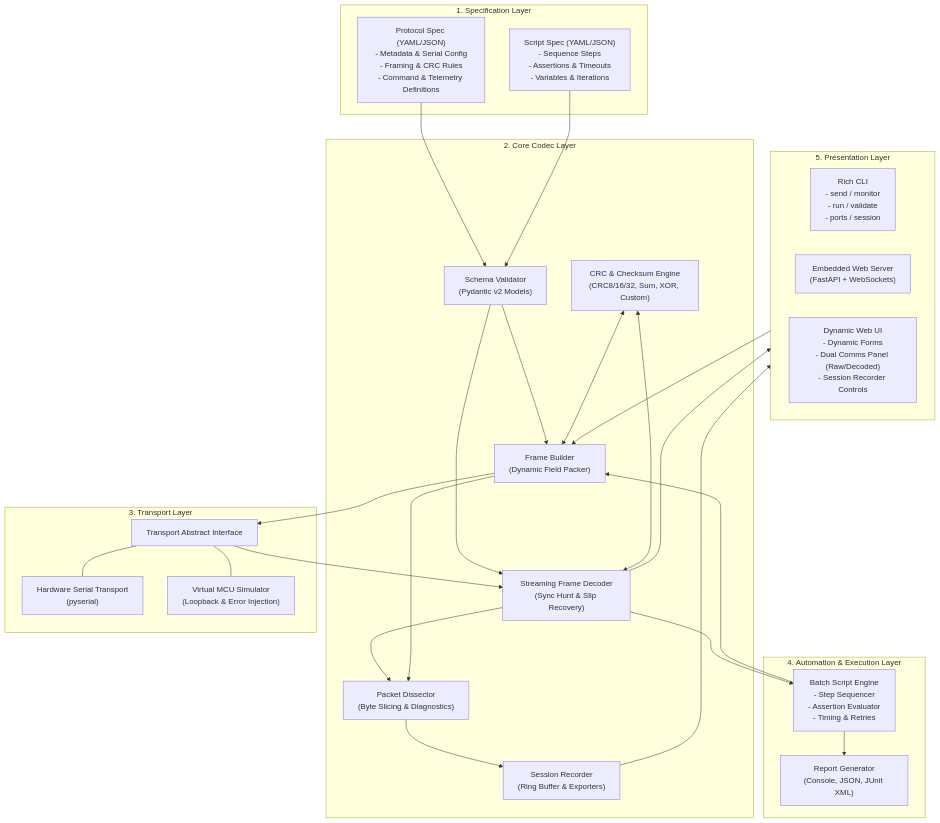
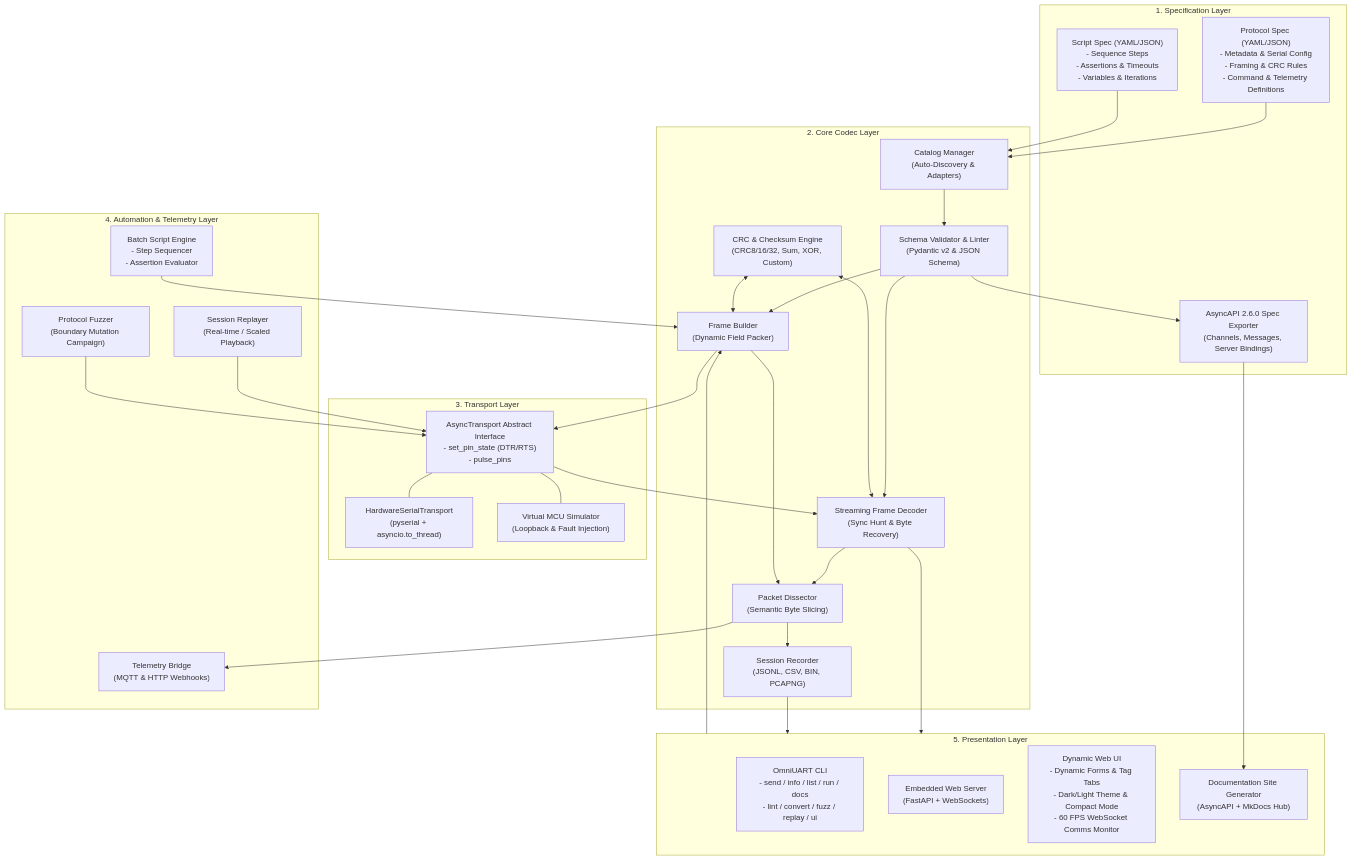
One commit to markbac/omni-uart changed the diagram in docs/architecture/system-architecture.md. Above: the diagram before and after it, drawn with Mermaid. The commit also changed other lines of this file and 42 other files, not shown here.

Commit message:
feat(docs,ci): build unified MkDocs documentation site with AsyncAPI 2.6 exporter and updated architecture (#60)

````diff
--- a/docs/architecture/system-architecture.md
+++ b/docs/architecture/system-architecture.md
@@ -24,59 +24,68 @@
 ```mermaid
 flowchart TD
     subgraph SpecLayer["1. Specification Layer"]
         P_YAML["Protocol Spec (YAML/JSON)\n- Metadata & Serial Config\n- Framing & CRC Rules\n- Command & Telemetry Definitions"]
         S_YAML["Script Spec (YAML/JSON)\n- Sequence Steps\n- Assertions & Timeouts\n- Variables & Iterations"]
+        AsyncAPI_Spec["AsyncAPI 2.6.0 Spec Exporter\n(Channels, Messages, Server Bindings)"]
     end
 
     subgraph CoreLayer["2. Core Codec Layer"]
-        SchemaValidator["Schema Validator\n(Pydantic v2 Models)"]
-        StreamDecoder["Streaming Frame Decoder\n(Sync Hunt & Slip Recovery)"]
+        CatalogManager["Catalog Manager\n(Auto-Discovery & Adapters)"]
+        SchemaValidator["Schema Validator & Linter\n(Pydantic v2 & JSON Schema)"]
+        StreamDecoder["Streaming Frame Decoder\n(Sync Hunt & Byte Recovery)"]
         PacketBuilder["Frame Builder\n(Dynamic Field Packer)"]
         CRCEngine["CRC & Checksum Engine\n(CRC8/16/32, Sum, XOR, Custom)"]
-        Dissector["Packet Dissector\n(Byte Slicing & Diagnostics)"]
-        Recorder["Session Recorder\n(Ring Buffer & Exporters)"]
+        Dissector["Packet Dissector\n(Semantic Byte Slicing)"]
+        Recorder["Session Recorder\n(JSONL, CSV, BIN, PCAPNG)"]
     end
 
     subgraph TransportLayer["3. Transport Layer"]
-        TransportInterface["Transport Abstract Interface"]
-        SerialTransport["Hardware Serial Transport\n(pyserial)"]
-        VirtualTransport["Virtual MCU Simulator\n(Loopback & Error Injection)"]
+        TransportInterface["AsyncTransport Abstract Interface\n- set_pin_state (DTR/RTS)\n- pulse_pins"]
+        SerialTransport["HardwareSerialTransport\n(pyserial + asyncio.to_thread)"]
+        VirtualTransport["Virtual MCU Simulator\n(Loopback & Fault Injection)"]
     end
 
-    subgraph RunnerLayer["4. Automation & Execution Layer"]
-        ScriptEngine["Batch Script Engine\n- Step Sequencer\n- Assertion Evaluator\n- Timing & Retries"]
-        ReportGen["Report Generator\n(Console, JSON, JUnit XML)"]
+    subgraph AutomationLayer["4. Automation & Telemetry Layer"]
+        ScriptEngine["Batch Script Engine\n- Step Sequencer\n- Assertion Evaluator"]
+        ReplayEngine["Session Replayer\n(Real-time / Scaled Playback)"]
+        TelemetryBridge["Telemetry Bridge\n(MQTT & HTTP Webhooks)"]
+        FuzzEngine["Protocol Fuzzer\n(Boundary Mutation Campaign)"]
     end
 
     subgraph PresentationLayer["5. Presentation Layer"]
-        CLI["Rich CLI\n- send / monitor\n- run / validate\n- ports / session"]
+        CLI["OmniUART CLI\n- send / info / list / run / docs\n- lint / convert / fuzz / replay / ui"]
         WebServer["Embedded Web Server\n(FastAPI + WebSockets)"]
-        WebUI["Dynamic Web UI\n- Dynamic Forms\n- Dual Comms Panel (Raw/Decoded)\n- Session Recorder Controls"]
+        WebUI["Dynamic Web UI\n- Dynamic Forms & Tag Tabs\n- Dark/Light Theme & Compact Mode\n- 60 FPS WebSocket Comms Monitor"]
+        DocsGen["Documentation Site Generator\n(AsyncAPI + MkDocs Hub)"]
     end
 
-    P_YAML --> SchemaValidator
-    S_YAML --> SchemaValidator
+    P_YAML --> CatalogManager
+    S_YAML --> CatalogManager
+    CatalogManager --> SchemaValidator
+    SchemaValidator --> AsyncAPI_Spec
     SchemaValidator --> PacketBuilder
     SchemaValidator --> StreamDecoder
 
     CRCEngine <--> PacketBuilder
     CRCEngine <--> StreamDecoder
 
     PacketBuilder --> TransportInterface
     TransportInterface --> StreamDecoder
 
     TransportInterface --- SerialTransport
     TransportInterface --- VirtualTransport
 
     StreamDecoder --> Dissector
     PacketBuilder --> Dissector
     Dissector --> Recorder
+    Dissector --> TelemetryBridge
 
     ScriptEngine --> PacketBuilder
-    StreamDecoder --> ScriptEngine
-    ScriptEngine --> ReportGen
+    ReplayEngine --> TransportInterface
+    FuzzEngine --> TransportInterface
 
     PresentationLayer --> PacketBuilder
     StreamDecoder --> PresentationLayer
     Recorder --> PresentationLayer
+    AsyncAPI_Spec --> DocsGen
 ```
````
